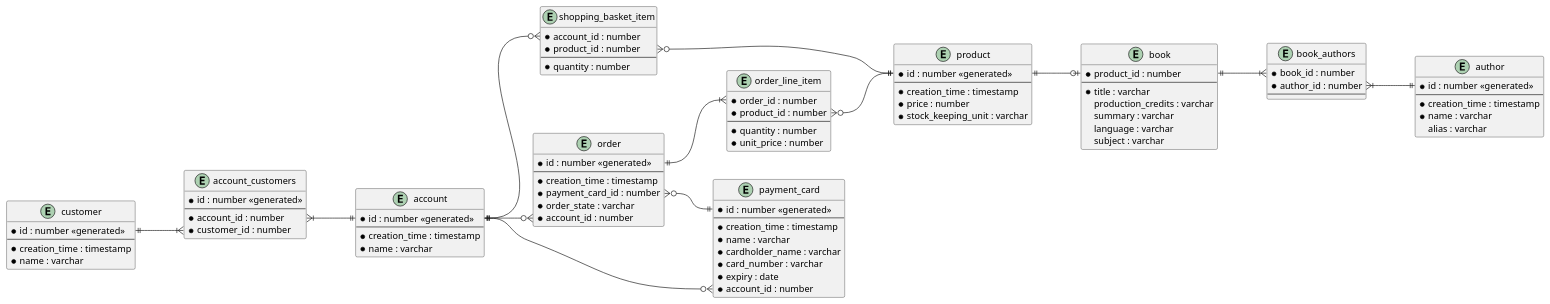
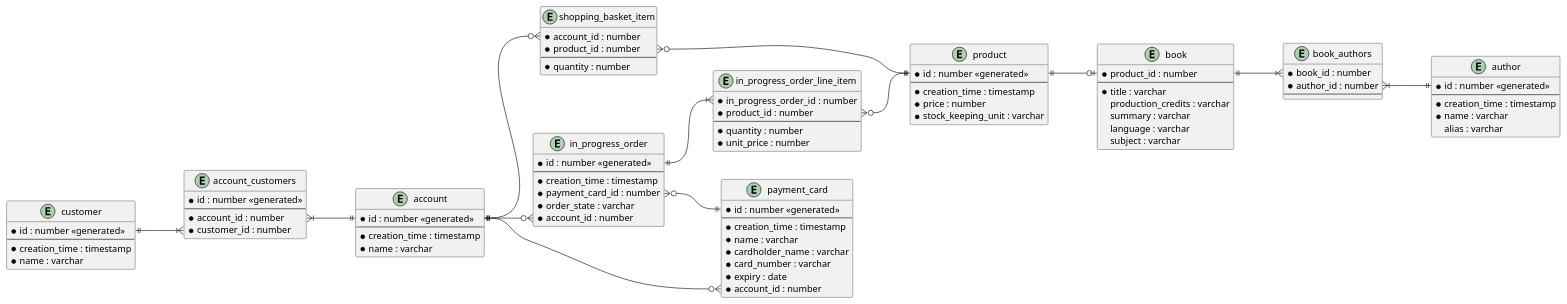
One commit to dtmo/bookshop changed the diagram in docs/design/book_shop_relational_schema_diagram.plantuml. Above: the diagram before and after it, drawn with PlantUML. The commit also changed 18 other files, not shown here.

First line of the commit message:
wip: added integration tests for in progress order entities

```diff
--- a/docs/design/book_shop_relational_schema_diagram.plantuml
+++ b/docs/design/book_shop_relational_schema_diagram.plantuml
@@ -1,106 +1,106 @@
 @startuml
 
 left to right direction
 
 entity customer {
     * id : number <<generated>>
     --
     * creation_time : timestamp
     * name : varchar
 }
 
 entity account {
     * id : number <<generated>>
     --
     * creation_time : timestamp
     * name : varchar
 }
 
 entity account_customers {
     * id : number <<generated>>
     --
     * account_id : number
     * customer_id : number
 }
 
 entity product {
     * id : number <<generated>>
     --
     * creation_time : timestamp
     * price : number
     * stock_keeping_unit : varchar
 }
 
 entity shopping_basket_item {
     * account_id : number
     * product_id : number
     --
     * quantity : number
 }
 
 entity payment_card {
     * id : number <<generated>>
     --
     * creation_time : timestamp
     * name : varchar
     * cardholder_name : varchar
     * card_number : varchar
     * expiry : date
     * account_id : number
 }
 
-entity order {
+entity in_progress_order {
     * id : number <<generated>>
     --
     * creation_time : timestamp
     * payment_card_id : number
     * order_state : varchar
     * account_id : number
 }
 
-entity order_line_item {
-    * order_id : number
+entity in_progress_order_line_item {
+    * in_progress_order_id : number
     * product_id : number
     --
     * quantity : number
     * unit_price : number
 }
 
 entity author {
     * id : number <<generated>>
     --
     * creation_time : timestamp
     * name : varchar
     alias : varchar
 }
 
 entity book {
     * product_id : number
     --
     * title : varchar
     production_credits : varchar
     summary : varchar
     language : varchar
     subject : varchar
 }
 
 entity book_authors {
     * book_id : number
     * author_id : number
     --
 }
 
 customer::id ||--|{ account_customers::customer_id
 account_customers::account_id }|--|| account::id
 account::id ||--o{ shopping_basket_item::account_id
 shopping_basket_item::product_id }o--|| product::id
 account::id ||--o{ payment_card::account_id
-account::id ||--o{ order::account_id
-order::id ||--|{ order_line_item::order_id
-order::payment_card_id }o--|| payment_card::id
-order_line_item::product_id }o--|| product::id
+account::id ||--o{ in_progress_order::account_id
+in_progress_order::id ||--|{ in_progress_order_line_item::in_progress_order_id
+in_progress_order::payment_card_id }o--|| payment_card::id
+in_progress_order_line_item::product_id }o--|| product::id
 product::id ||--o| book::product_id
 book::product_id ||--|{ book_authors::book_id
 book_authors::author_id }|--|| author::id
 
 @enduml
```
